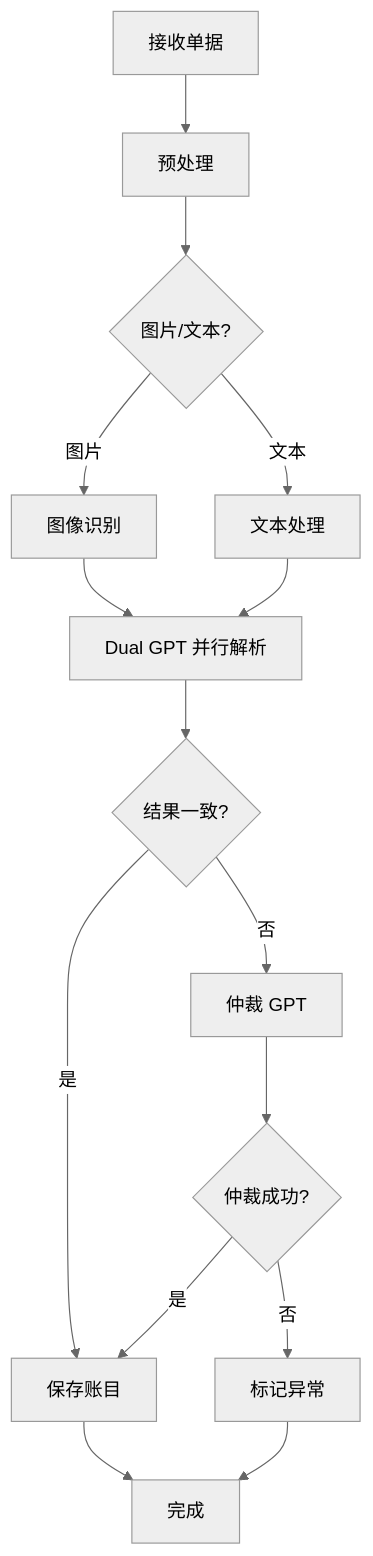
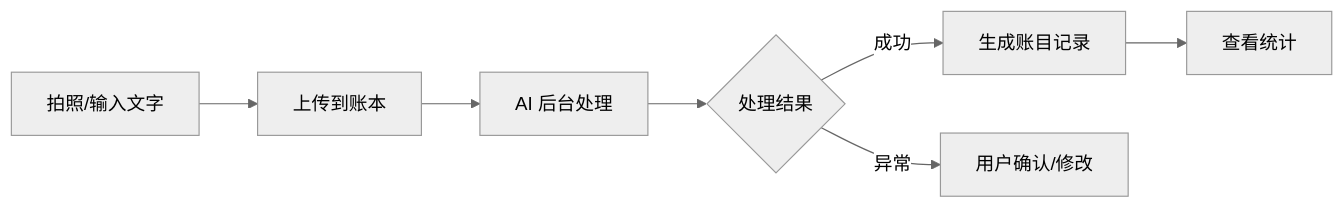
Before and after one commit to Xiangyu-Labs/Cashier: the first of 3 diagrams in docs/PRD.md, drawn with Mermaid (neutral theme). The commit also changed other lines of this file, not shown here.

````diff
--- a/docs/PRD.md
+++ b/docs/PRD.md
@@ -347,17 +68,9 @@
 ```mermaid
-graph TD
-    A[接收单据] --> B[预处理]
-    B --> C{图片/文本?}
-    C -->|图片| D[图像识别]
-    C -->|文本| E[文本处理]
-    D --> F[Dual GPT 并行解析]
-    E --> F
-    F --> G{结果一致?}
-    G -->|是| H[保存账目]
-    G -->|否| I[仲裁 GPT]
-    I --> J{仲裁成功?}
-    J -->|是| H
-    J -->|否| K[标记异常]
-    H --> L[完成]
-    K --> L
+graph LR
+    A[拍照/输入文字] --> B[上传到账本]
+    B --> C[AI 后台处理]
+    C --> D{处理结果}
+    D -->|成功| E[生成账目记录]
+    D -->|异常| F[用户确认/修改]
+    E --> G[查看统计]
 ```
````
